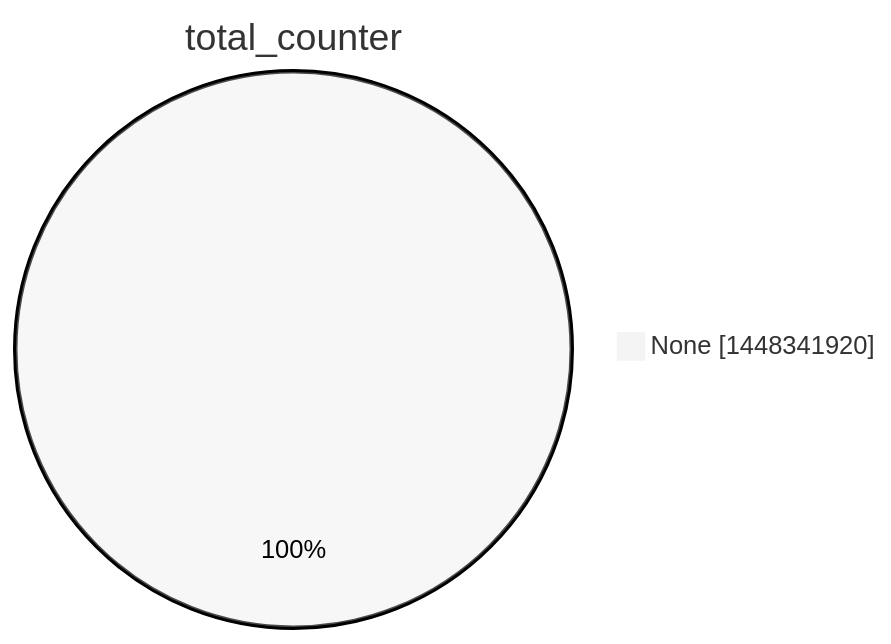
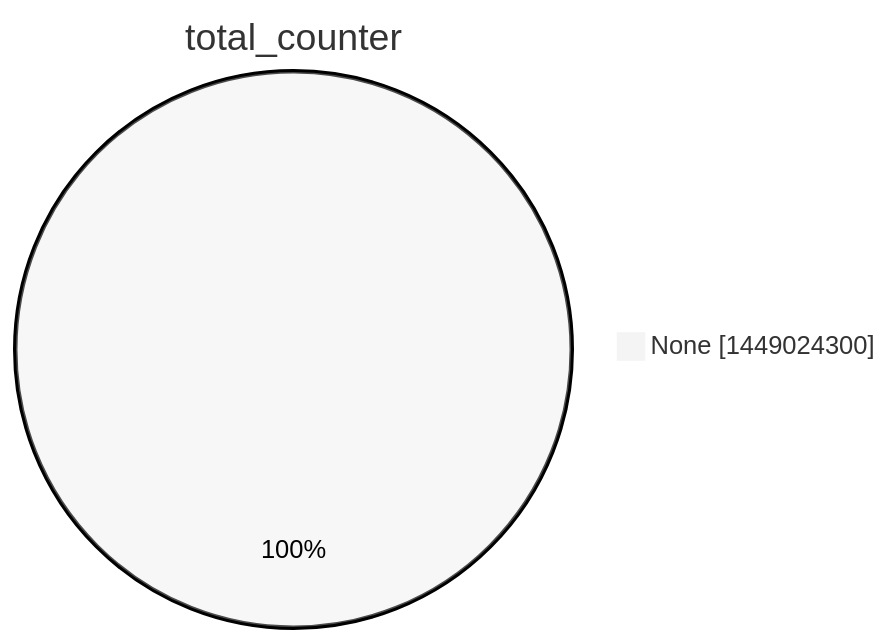
The second of 15 diagrams in argon2022/README.md (christiankrug/ctmonitor_visualization), drawn with Mermaid (neutral theme) before and after one commit. The commit also changed other lines of this file, not shown here.

````diff
--- a/argon2022/README.md
+++ b/argon2022/README.md
@@ -9,5 +9,5 @@
 ```mermaid
 pie showData
 title total_counter
-"None" :1448341920
+"None" :1449024300
 ```
````
